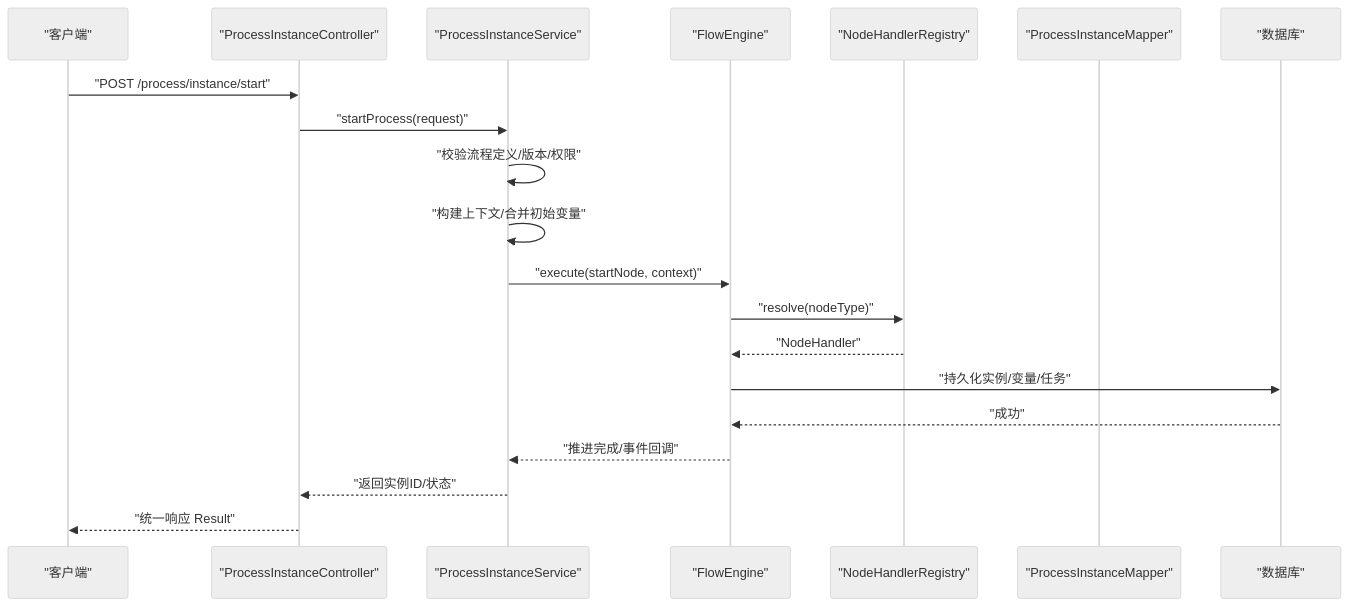
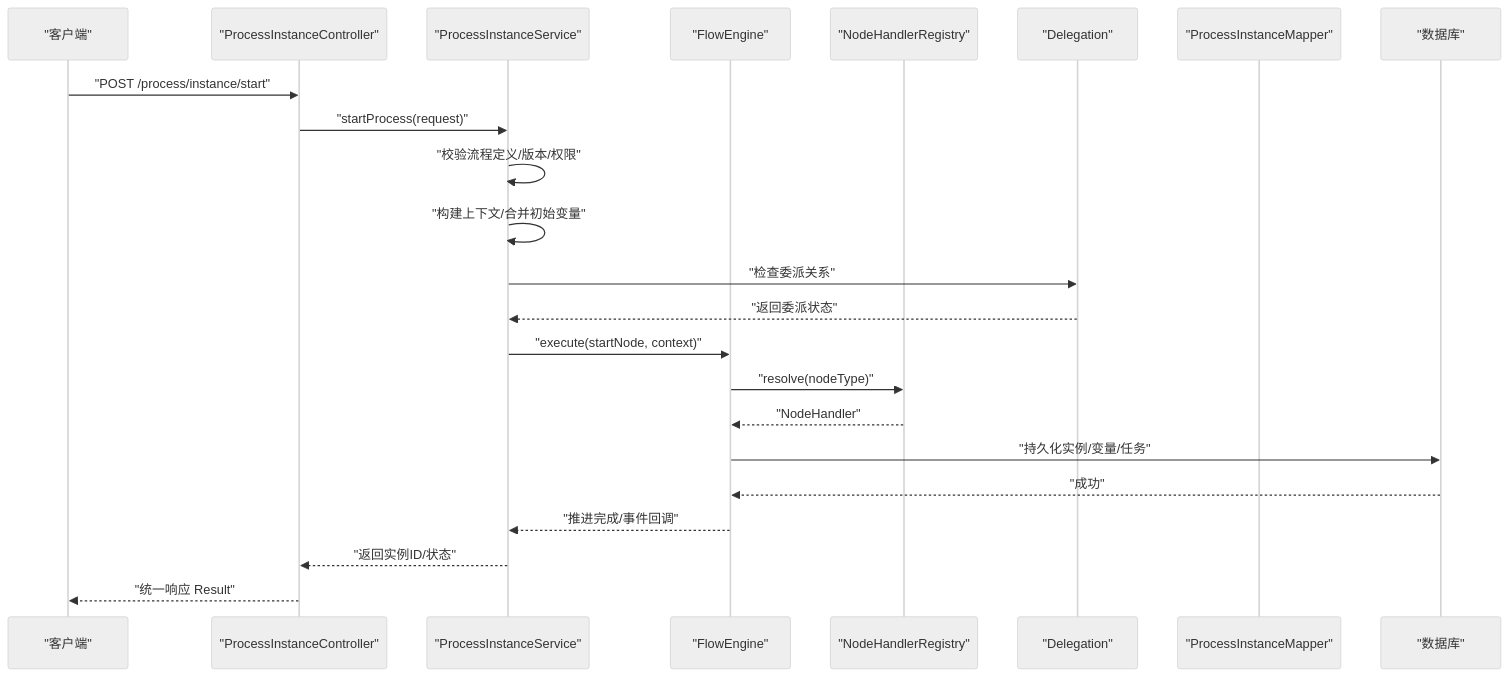
One commit to liming-lihaini/workflow changed the second of 10 diagrams in .qoder/repowiki/zh/content/流程执行引擎/流程实例管理.md. Above: the diagram before and after it, drawn with Mermaid (neutral theme). The commit also changed other lines of this file and 27 other files, not shown here.

````diff
--- a/.qoder/repowiki/zh/content/流程执行引擎/流程实例管理.md
+++ b/.qoder/repowiki/zh/content/流程执行引擎/流程实例管理.md
@@ -123,22 +136,25 @@
 ```mermaid
 sequenceDiagram
 participant Client as "客户端"
 participant Controller as "ProcessInstanceController"
 participant Service as "ProcessInstanceService"
 participant Engine as "FlowEngine"
 participant Registry as "NodeHandlerRegistry"
+participant Delegation as "Delegation"
 participant Mapper as "ProcessInstanceMapper"
 participant DB as "数据库"
 Client->>Controller : "POST /process/instance/start"
 Controller->>Service : "startProcess(request)"
 Service->>Service : "校验流程定义/版本/权限"
 Service->>Service : "构建上下文/合并初始变量"
+Service->>Delegation : "检查委派关系"
+Delegation-->>Service : "返回委派状态"
 Service->>Engine : "execute(startNode, context)"
 Engine->>Registry : "resolve(nodeType)"
 Registry-->>Engine : "NodeHandler"
 Engine->>DB : "持久化实例/变量/任务"
 DB-->>Engine : "成功"
 Engine-->>Service : "推进完成/事件回调"
 Service-->>Controller : "返回实例ID/状态"
 Controller-->>Client : "统一响应 Result"
 ```
````
